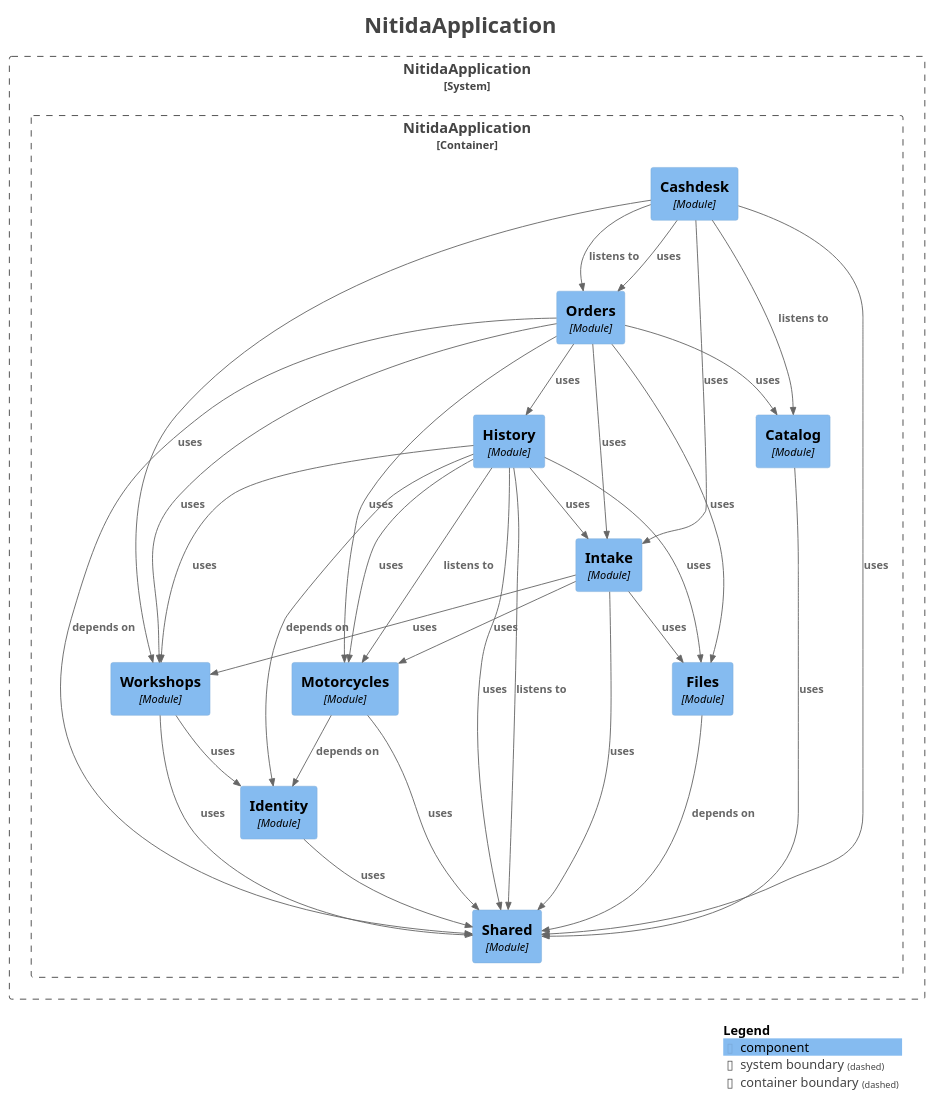
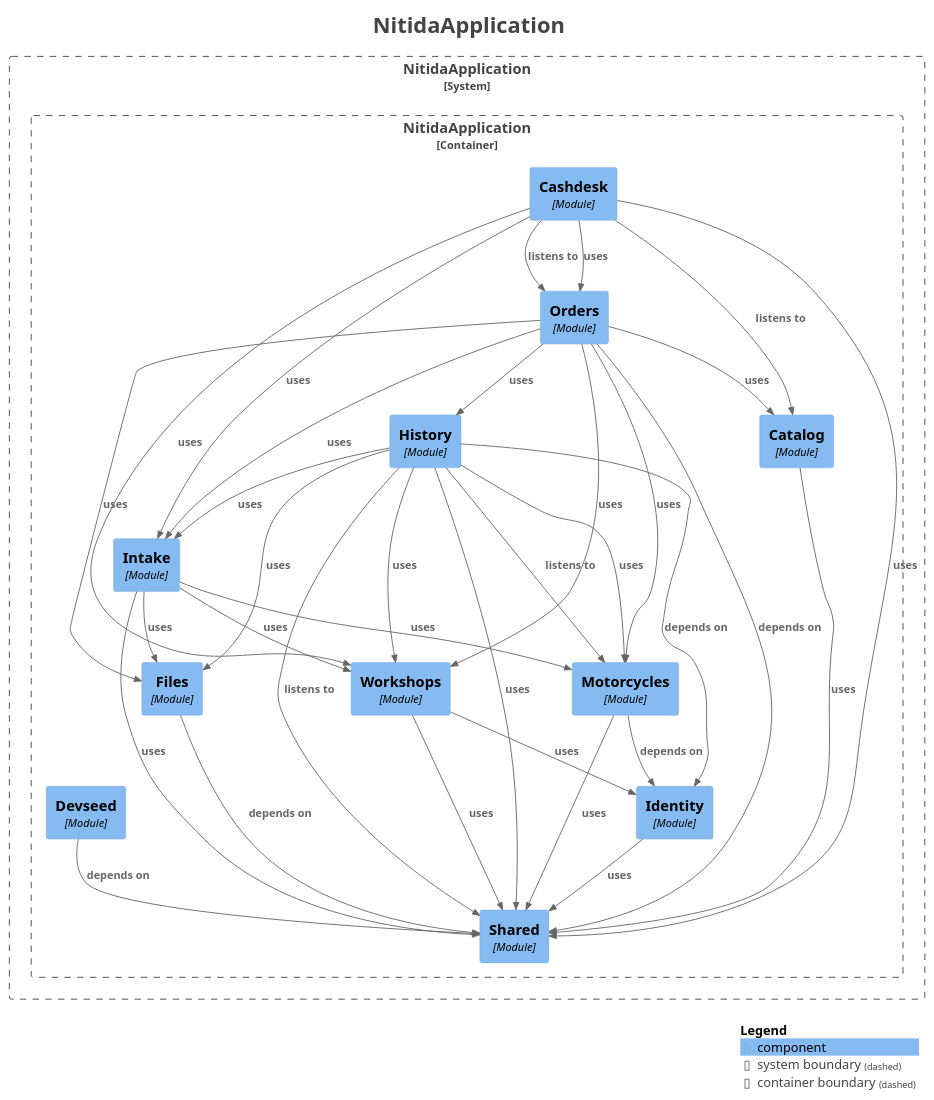
One commit to Nicolas-12000/Nitida changed the diagram in docs/modulos/components.puml. Above: the diagram before and after it, drawn with PlantUML. The commit also changed 13 other files, not shown here.

Commit message:
feat(dev): development seed through the public API (admin, 2 workshops, 5 delivered motorcycles); test: Ed25519 JDK vs BouncyCastle differential

```diff
--- a/docs/modulos/components.puml
+++ b/docs/modulos/components.puml
@@ -1,69 +1,71 @@
 @startuml
 title <size:24>NitidaApplication</size>
 
 set separator none
 top to bottom direction
 
 <style>
   root {
     BackgroundColor: #ffffff
     FontColor: #444444
   }
 </style>
 
 !include <C4/C4>
 !include <C4/C4_Context>
 !include <C4/C4_Component>
 
 System_Boundary("NitidaApplication_boundary", "NitidaApplication", $tags="") {
   Container_Boundary("NitidaApplication.NitidaApplication_boundary", "NitidaApplication", $tags="") {
+    Component(NitidaApplication.NitidaApplication.Intake, "Intake", $techn="Module", $descr="", $tags="", $link="")
     Component(NitidaApplication.NitidaApplication.History, "History", $techn="Module", $descr="", $tags="", $link="")
     Component(NitidaApplication.NitidaApplication.Orders, "Orders", $techn="Module", $descr="", $tags="", $link="")
     Component(NitidaApplication.NitidaApplication.Cashdesk, "Cashdesk", $techn="Module", $descr="", $tags="", $link="")
     Component(NitidaApplication.NitidaApplication.Shared, "Shared", $techn="Module", $descr="", $tags="", $link="")
     Component(NitidaApplication.NitidaApplication.Catalog, "Catalog", $techn="Module", $descr="", $tags="", $link="")
+    Component(NitidaApplication.NitidaApplication.Devseed, "Devseed", $techn="Module", $descr="", $tags="", $link="")
     Component(NitidaApplication.NitidaApplication.Files, "Files", $techn="Module", $descr="", $tags="", $link="")
     Component(NitidaApplication.NitidaApplication.Identity, "Identity", $techn="Module", $descr="", $tags="", $link="")
     Component(NitidaApplication.NitidaApplication.Motorcycles, "Motorcycles", $techn="Module", $descr="", $tags="", $link="")
     Component(NitidaApplication.NitidaApplication.Workshops, "Workshops", $techn="Module", $descr="", $tags="", $link="")
-    Component(NitidaApplication.NitidaApplication.Intake, "Intake", $techn="Module", $descr="", $tags="", $link="")
   }
 
 }
 
 Rel(NitidaApplication.NitidaApplication.Identity, NitidaApplication.NitidaApplication.Shared, "uses", $techn="", $tags="", $link="")
-Rel(NitidaApplication.NitidaApplication.Files, NitidaApplication.NitidaApplication.Shared, "depends on", $techn="", $tags="", $link="")
+Rel(NitidaApplication.NitidaApplication.Devseed, NitidaApplication.NitidaApplication.Shared, "depends on", $techn="", $tags="", $link="")
+Rel(NitidaApplication.NitidaApplication.Workshops, NitidaApplication.NitidaApplication.Identity, "uses", $techn="", $tags="", $link="")
+Rel(NitidaApplication.NitidaApplication.Workshops, NitidaApplication.NitidaApplication.Shared, "uses", $techn="", $tags="", $link="")
 Rel(NitidaApplication.NitidaApplication.Orders, NitidaApplication.NitidaApplication.Shared, "depends on", $techn="", $tags="", $link="")
 Rel(NitidaApplication.NitidaApplication.Orders, NitidaApplication.NitidaApplication.Files, "uses", $techn="", $tags="", $link="")
 Rel(NitidaApplication.NitidaApplication.Orders, NitidaApplication.NitidaApplication.Catalog, "uses", $techn="", $tags="", $link="")
 Rel(NitidaApplication.NitidaApplication.Orders, NitidaApplication.NitidaApplication.Workshops, "uses", $techn="", $tags="", $link="")
 Rel(NitidaApplication.NitidaApplication.Orders, NitidaApplication.NitidaApplication.Motorcycles, "uses", $techn="", $tags="", $link="")
 Rel(NitidaApplication.NitidaApplication.Orders, NitidaApplication.NitidaApplication.Intake, "uses", $techn="", $tags="", $link="")
 Rel(NitidaApplication.NitidaApplication.Orders, NitidaApplication.NitidaApplication.History, "uses", $techn="", $tags="", $link="")
 Rel(NitidaApplication.NitidaApplication.Catalog, NitidaApplication.NitidaApplication.Shared, "uses", $techn="", $tags="", $link="")
-Rel(NitidaApplication.NitidaApplication.Intake, NitidaApplication.NitidaApplication.Motorcycles, "uses", $techn="", $tags="", $link="")
-Rel(NitidaApplication.NitidaApplication.Intake, NitidaApplication.NitidaApplication.Shared, "uses", $techn="", $tags="", $link="")
-Rel(NitidaApplication.NitidaApplication.Intake, NitidaApplication.NitidaApplication.Workshops, "uses", $techn="", $tags="", $link="")
-Rel(NitidaApplication.NitidaApplication.Intake, NitidaApplication.NitidaApplication.Files, "uses", $techn="", $tags="", $link="")
-Rel(NitidaApplication.NitidaApplication.Cashdesk, NitidaApplication.NitidaApplication.Catalog, "listens to", $techn="", $tags="", $link="")
-Rel(NitidaApplication.NitidaApplication.Cashdesk, NitidaApplication.NitidaApplication.Orders, "listens to", $techn="", $tags="", $link="")
-Rel(NitidaApplication.NitidaApplication.Cashdesk, NitidaApplication.NitidaApplication.Orders, "uses", $techn="", $tags="", $link="")
-Rel(NitidaApplication.NitidaApplication.Cashdesk, NitidaApplication.NitidaApplication.Workshops, "uses", $techn="", $tags="", $link="")
-Rel(NitidaApplication.NitidaApplication.Cashdesk, NitidaApplication.NitidaApplication.Shared, "uses", $techn="", $tags="", $link="")
-Rel(NitidaApplication.NitidaApplication.Cashdesk, NitidaApplication.NitidaApplication.Intake, "uses", $techn="", $tags="", $link="")
-Rel(NitidaApplication.NitidaApplication.Workshops, NitidaApplication.NitidaApplication.Identity, "uses", $techn="", $tags="", $link="")
-Rel(NitidaApplication.NitidaApplication.Workshops, NitidaApplication.NitidaApplication.Shared, "uses", $techn="", $tags="", $link="")
-Rel(NitidaApplication.NitidaApplication.Motorcycles, NitidaApplication.NitidaApplication.Identity, "depends on", $techn="", $tags="", $link="")
-Rel(NitidaApplication.NitidaApplication.Motorcycles, NitidaApplication.NitidaApplication.Shared, "uses", $techn="", $tags="", $link="")
+Rel(NitidaApplication.NitidaApplication.History, NitidaApplication.NitidaApplication.Shared, "listens to", $techn="", $tags="", $link="")
 Rel(NitidaApplication.NitidaApplication.History, NitidaApplication.NitidaApplication.Motorcycles, "listens to", $techn="", $tags="", $link="")
-Rel(NitidaApplication.NitidaApplication.History, NitidaApplication.NitidaApplication.Shared, "listens to", $techn="", $tags="", $link="")
 Rel(NitidaApplication.NitidaApplication.History, NitidaApplication.NitidaApplication.Identity, "depends on", $techn="", $tags="", $link="")
 Rel(NitidaApplication.NitidaApplication.History, NitidaApplication.NitidaApplication.Workshops, "uses", $techn="", $tags="", $link="")
 Rel(NitidaApplication.NitidaApplication.History, NitidaApplication.NitidaApplication.Intake, "uses", $techn="", $tags="", $link="")
 Rel(NitidaApplication.NitidaApplication.History, NitidaApplication.NitidaApplication.Motorcycles, "uses", $techn="", $tags="", $link="")
 Rel(NitidaApplication.NitidaApplication.History, NitidaApplication.NitidaApplication.Shared, "uses", $techn="", $tags="", $link="")
 Rel(NitidaApplication.NitidaApplication.History, NitidaApplication.NitidaApplication.Files, "uses", $techn="", $tags="", $link="")
+Rel(NitidaApplication.NitidaApplication.Cashdesk, NitidaApplication.NitidaApplication.Orders, "listens to", $techn="", $tags="", $link="")
+Rel(NitidaApplication.NitidaApplication.Cashdesk, NitidaApplication.NitidaApplication.Catalog, "listens to", $techn="", $tags="", $link="")
+Rel(NitidaApplication.NitidaApplication.Cashdesk, NitidaApplication.NitidaApplication.Orders, "uses", $techn="", $tags="", $link="")
+Rel(NitidaApplication.NitidaApplication.Cashdesk, NitidaApplication.NitidaApplication.Workshops, "uses", $techn="", $tags="", $link="")
+Rel(NitidaApplication.NitidaApplication.Cashdesk, NitidaApplication.NitidaApplication.Shared, "uses", $techn="", $tags="", $link="")
+Rel(NitidaApplication.NitidaApplication.Cashdesk, NitidaApplication.NitidaApplication.Intake, "uses", $techn="", $tags="", $link="")
+Rel(NitidaApplication.NitidaApplication.Motorcycles, NitidaApplication.NitidaApplication.Identity, "depends on", $techn="", $tags="", $link="")
+Rel(NitidaApplication.NitidaApplication.Motorcycles, NitidaApplication.NitidaApplication.Shared, "uses", $techn="", $tags="", $link="")
+Rel(NitidaApplication.NitidaApplication.Intake, NitidaApplication.NitidaApplication.Motorcycles, "uses", $techn="", $tags="", $link="")
+Rel(NitidaApplication.NitidaApplication.Intake, NitidaApplication.NitidaApplication.Shared, "uses", $techn="", $tags="", $link="")
+Rel(NitidaApplication.NitidaApplication.Intake, NitidaApplication.NitidaApplication.Workshops, "uses", $techn="", $tags="", $link="")
+Rel(NitidaApplication.NitidaApplication.Intake, NitidaApplication.NitidaApplication.Files, "uses", $techn="", $tags="", $link="")
+Rel(NitidaApplication.NitidaApplication.Files, NitidaApplication.NitidaApplication.Shared, "depends on", $techn="", $tags="", $link="")
 
 SHOW_LEGEND(true)
 hide stereotypes
 @enduml
```
